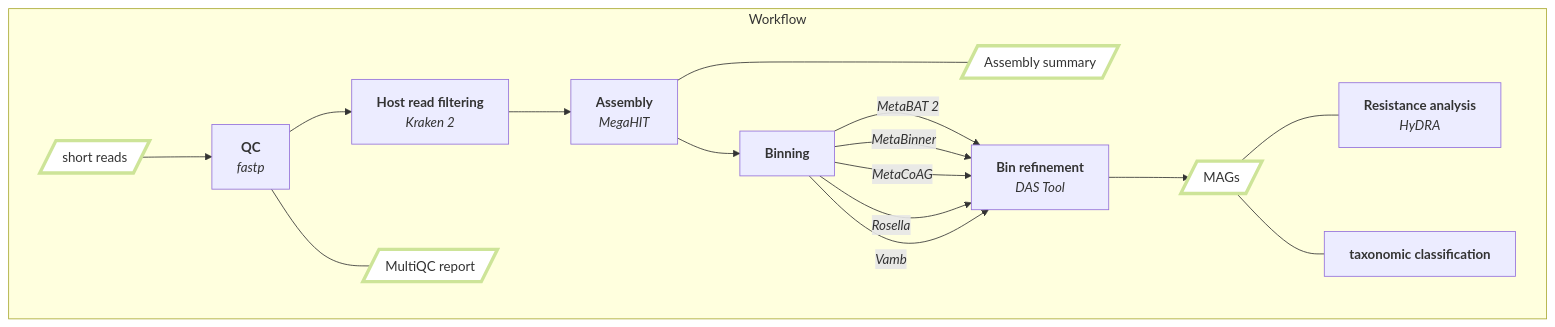
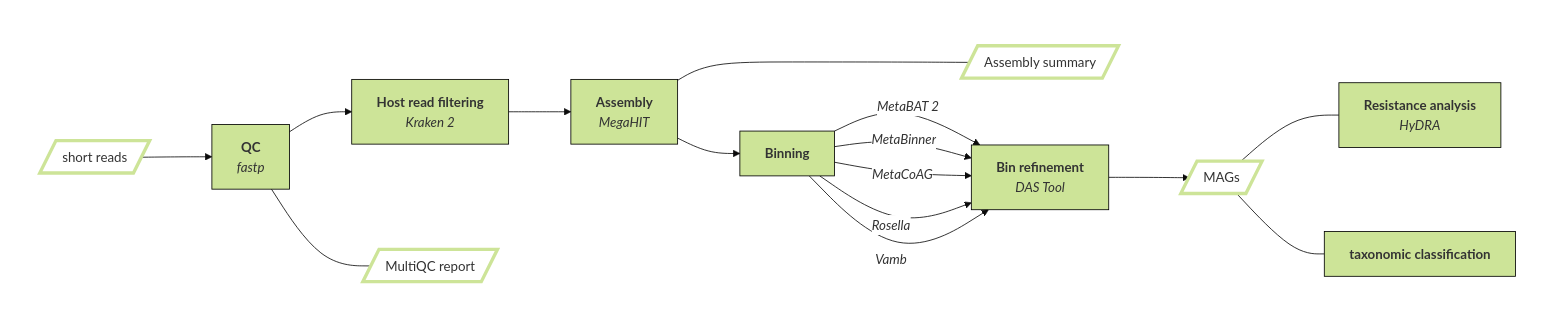
One commit to alethomas/ResMAG changed the diagram in README.md. Above: the diagram before and after it, drawn with Mermaid.

Commit message:
update overview flowchart

````diff
--- a/README.md
+++ b/README.md
@@ -22,48 +22,53 @@
 ```mermaid
-%%{init: 'theme':'base', 'themeVariables': {
-      'primaryColor': '#cde498',
+%%{init: {
+   'theme':'base',
+   'themeVariables': {
+      'secondaryColor': '#fff',
       'tertiaryColor': '#fff',
-      'primaryBorderColor': '#000',
-      'secondaryColor': '#fff'}},
-      {'flowchart': { 'curve': 'stepBefore' }}}%%
+      'tertiaryBorderColor' : '#fff'}
+   }}%%
 
 flowchart LR;
-   subgraph Workflow
+
+   subgraph " "
       direction LR
 
       %% Nodes
       A[/short reads/]
       B["<b>QC</b> <br> <i>fastp<i>"]
       C["<b>Host read filtering</b> <br> <i>Kraken 2<i>"]
       D["<b>Assembly</b> <br> <i>MegaHIT</i>"]
       E["<b>Binning</b>"]
       F["<b>Bin refinement</b> <br> <i>DAS Tool<i>"]
       G[/MAGs/]
       H["<b>Resistance analysis</b> <br> <i>HyDRA<i>"]
       I["<b>taxonomic classification</b>"]
       J[/MultiQC report/]
       K[/Assembly summary/]
 
       %% input & output node design
       classDef in_output fill:#fff,stroke:#cde498,stroke-width:4px
       class A,G,J,K in_output
+      %% rule node design
+      classDef rule fill:#cde498,stroke:#000
+      class B,C,D,E,F,H,I rule
 
       %% Node links
       A --> B
       B --> C
       B --- J
       C --> D
       D --> E
       D ---- K
       E --"<i>MetaBAT 2<i>"--> F
       E --"<i>MetaBinner<i>"--> F
       E --"<i>MetaCoAG<i>"--> F
       E --"<i>Rosella<i>"--> F
       E --"<i>Vamb<i>"--> F
       F --> G
       G --- H
       G --- I
 
-      end
+   end
 
 ```
````
